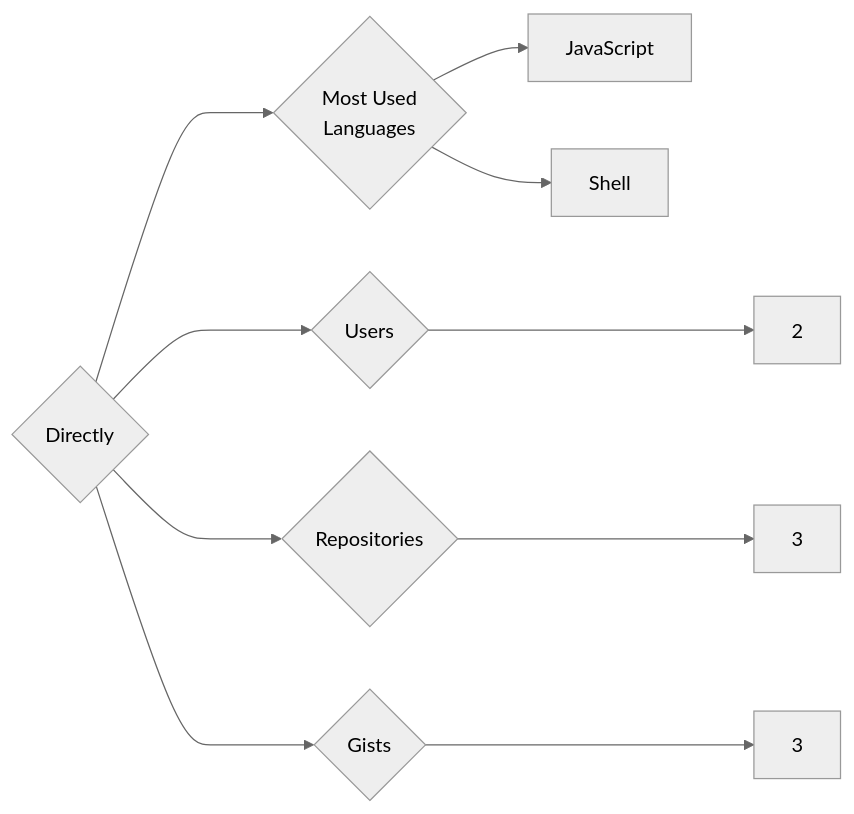
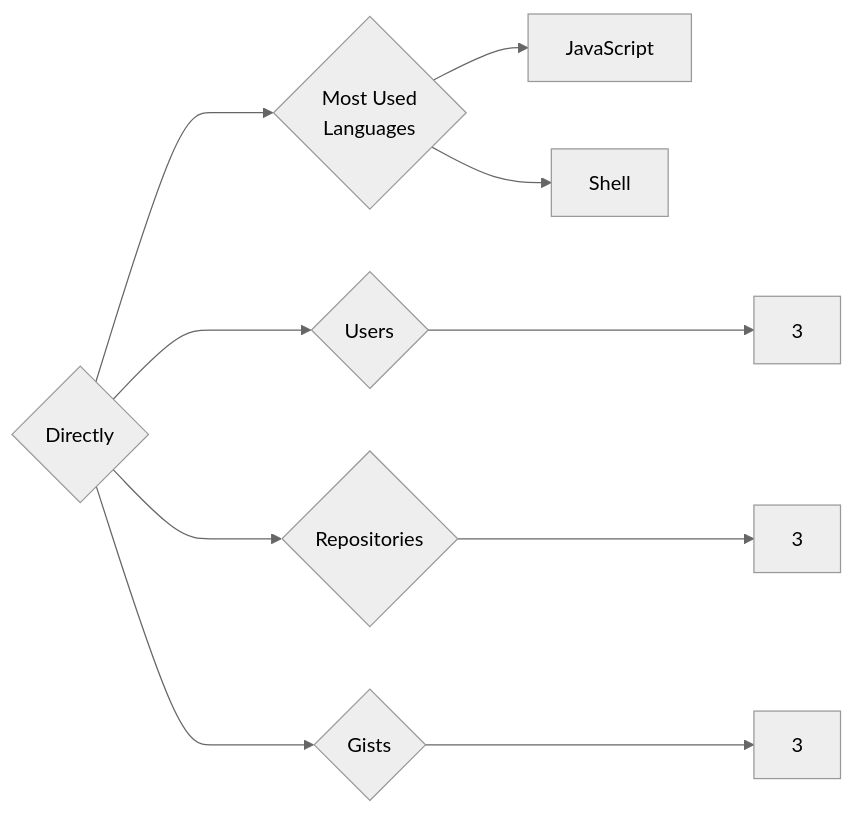
The diagram in targets/Directly/README.md (trickest/insiders), drawn with Mermaid (neutral theme) before and after one commit. The commit also changed 965 other files, not shown here.

````diff
--- a/targets/Directly/README.md
+++ b/targets/Directly/README.md
@@ -3,10 +3,10 @@
 ```mermaid
 graph LR
 COMPANY_NAME{Directly}
-COMPANY_NAME ---> U{Users} ---> UN[2]
+COMPANY_NAME ---> U{Users} ---> UN[3]
 COMPANY_NAME ---> R{Repositories} ---> RN[3]
 COMPANY_NAME ---> G{Gists} ---> GN[3]
 COMPANY_NAME ---> ML{Most Used<br>Languages}
 ML --> JavaScript[JavaScript]
 ML --> Shell[Shell]
 ```
````
